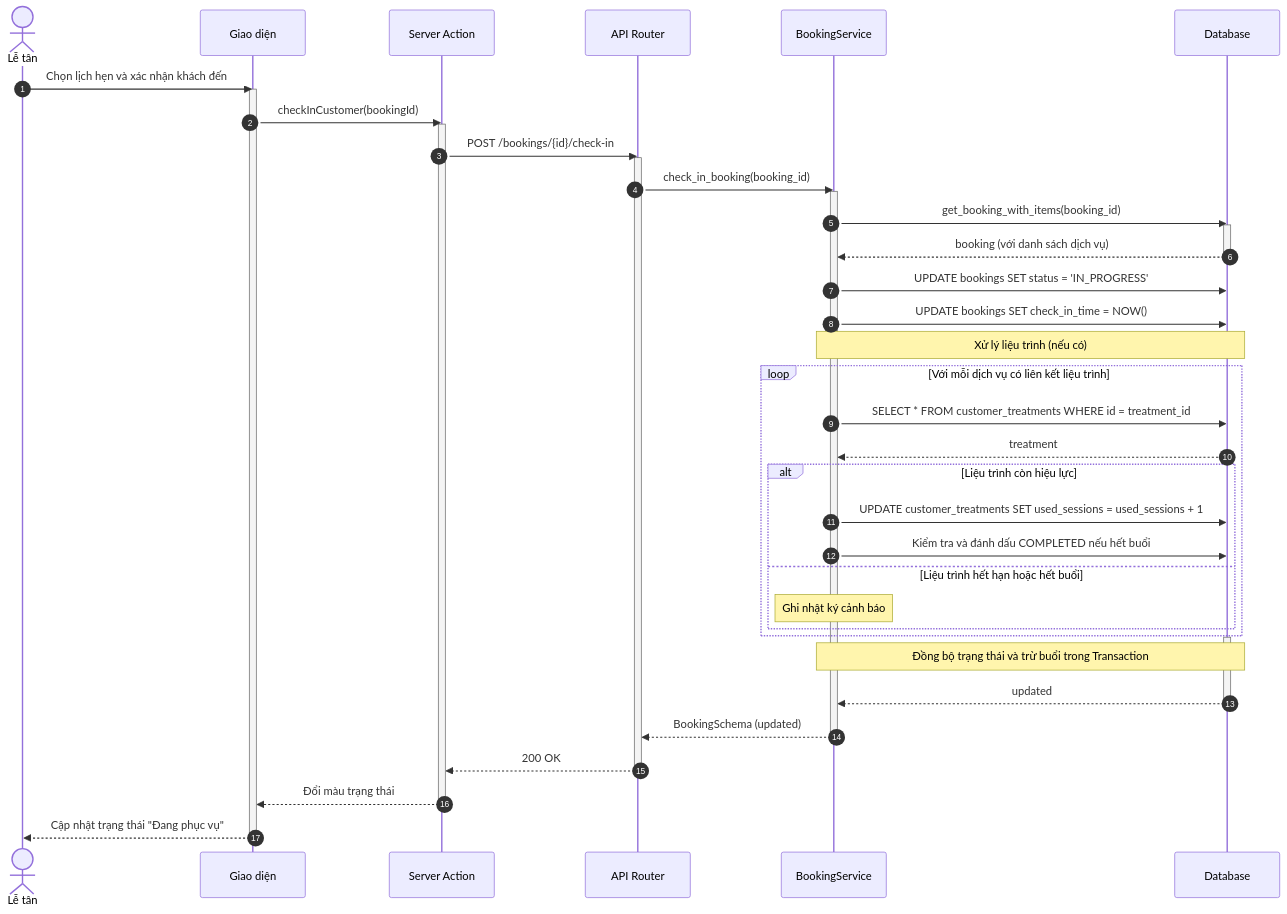
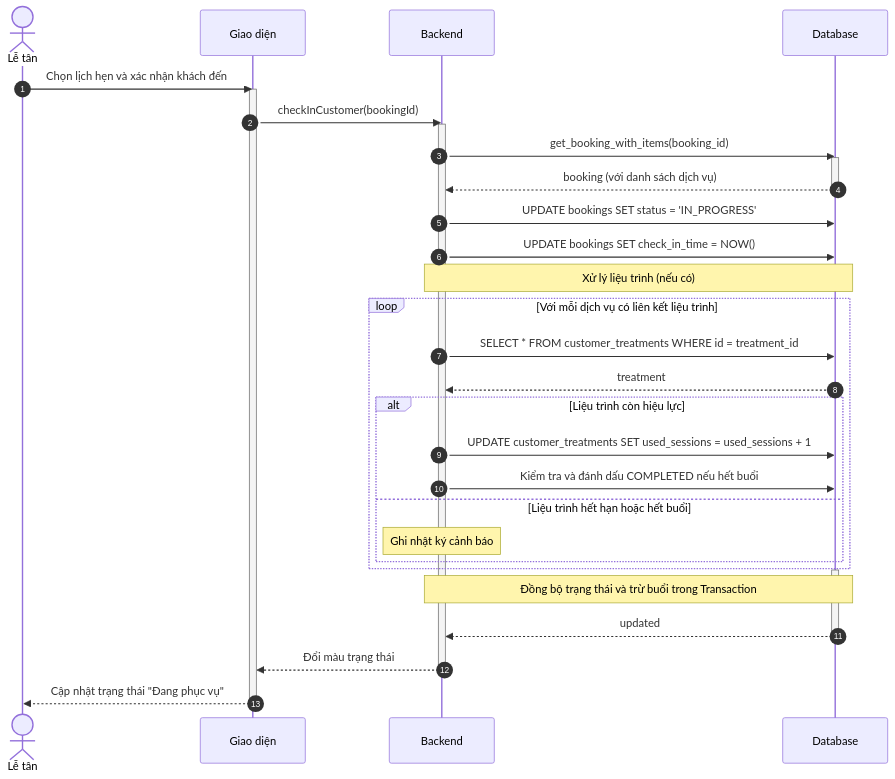
One commit to ngoctinn/Synapse changed the fourth of 8 diagrams in docs/design/sequences/receptionist_flows.md. Above: the diagram before and after it, drawn with Mermaid. The commit also changed other lines of this file and 7 other files, not shown here.

Commit message:
docs: Add initial design documentation for authentication, user flows, and algorithm specification.

````diff
--- a/docs/design/sequences/receptionist_flows.md
+++ b/docs/design/sequences/receptionist_flows.md
@@ -191,58 +135,44 @@
 ```mermaid
 sequenceDiagram
     autonumber
     actor LT as Lễ tân
     participant UI as Giao diện
-    participant BFF as Server Action
-    participant API as API Router
-    participant S as BookingService
+    participant BE as Backend
     participant DB as Database
 
     LT->>UI: Chọn lịch hẹn và xác nhận khách đến
     activate UI
-    UI->>BFF: checkInCustomer(bookingId)
-    activate BFF
+    UI->>BE: checkInCustomer(bookingId)
+    activate BE
 
-    BFF->>API: POST /bookings/{id}/check-in
-    activate API
-
-    API->>S: check_in_booking(booking_id)
-    activate S
-
-    S->>DB: get_booking_with_items(booking_id)
+    BE->>DB: get_booking_with_items(booking_id)
     activate DB
-    DB-->>S: booking (với danh sách dịch vụ)
+    DB-->>BE: booking (với danh sách dịch vụ)
     deactivate DB
 
-    S->>DB: UPDATE bookings SET status = 'IN_PROGRESS'
-    S->>DB: UPDATE bookings SET check_in_time = NOW()
+    BE->>DB: UPDATE bookings SET status = 'IN_PROGRESS'
+    BE->>DB: UPDATE bookings SET check_in_time = NOW()
 
-    Note over S,DB: Xử lý liệu trình (nếu có)
+    Note over BE,DB: Xử lý liệu trình (nếu có)
     loop Với mỗi dịch vụ có liên kết liệu trình
-        S->>DB: SELECT * FROM customer_treatments WHERE id = treatment_id
-        DB-->>S: treatment
+        BE->>DB: SELECT * FROM customer_treatments WHERE id = treatment_id
+        DB-->>BE: treatment
         alt Liệu trình còn hiệu lực
-            S->>DB: UPDATE customer_treatments SET used_sessions = used_sessions + 1
-            S->>DB: Kiểm tra và đánh dấu COMPLETED nếu hết buổi
+            BE->>DB: UPDATE customer_treatments SET used_sessions = used_sessions + 1
+            BE->>DB: Kiểm tra và đánh dấu COMPLETED nếu hết buổi
         else Liệu trình hết hạn hoặc hết buổi
-            Note over S: Ghi nhật ký cảnh báo
+            Note over BE: Ghi nhật ký cảnh báo
         end
     end
 
     activate DB
-    Note over S,DB: Đồng bộ trạng thái và trừ buổi trong Transaction
-    DB-->>S: updated
+    Note over BE,DB: Đồng bộ trạng thái và trừ buổi trong Transaction
+    DB-->>BE: updated
     deactivate DB
 
-    S-->>API: BookingSchema (updated)
-    deactivate S
-
-    API-->>BFF: 200 OK
-    deactivate API
-
-    BFF-->>UI: Đổi màu trạng thái
-    deactivate BFF
+    BE-->>UI: Đổi màu trạng thái
+    deactivate BE
 
     UI-->>LT: Cập nhật trạng thái "Đang phục vụ"
     deactivate UI
 ```
````
